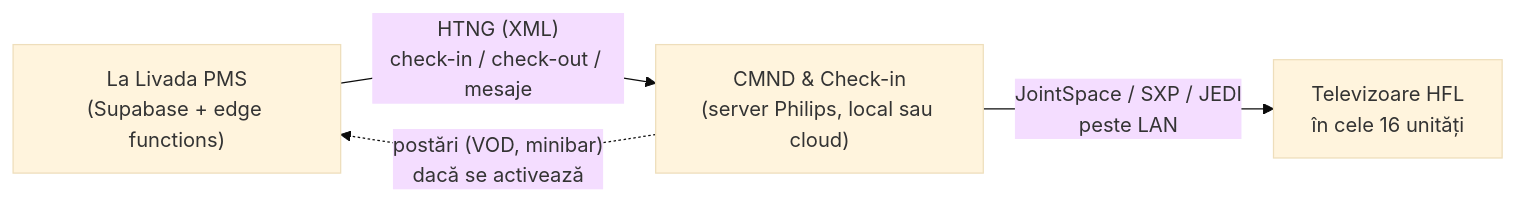
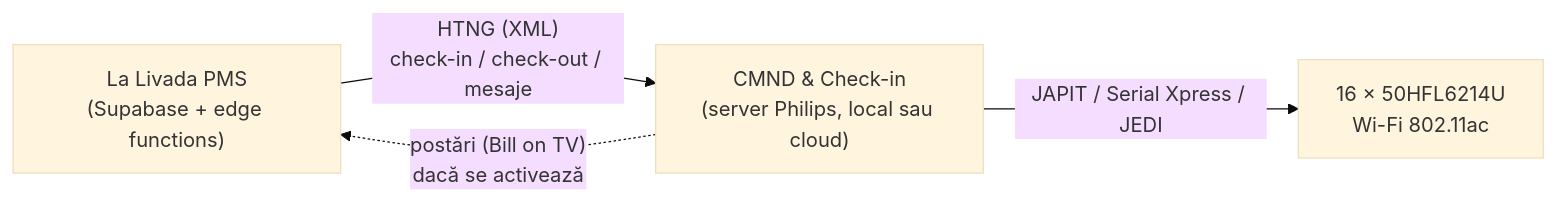
One commit to LaLivada/la-livada-pms changed the first of 2 diagrams in docs/philips-htng-plan.md. Above: the diagram before and after it, drawn with Mermaid (base theme). The commit also changed other lines of this file, not shown here.

First line of the commit message:
Planul Philips, pe modelul real: 50HFL6214U/12

````diff
--- a/docs/philips-htng-plan.md
+++ b/docs/philips-htng-plan.md
@@ -41,10 +76,10 @@
 ```mermaid
 flowchart LR
   PMS["La Livada PMS<br/>(Supabase + edge functions)"]
   CMND["CMND & Check-in<br/>(server Philips, local sau cloud)"]
-  TV["Televizoare HFL<br/>în cele 16 unități"]
+  TV["16 × 50HFL6214U<br/>Wi-Fi 802.11ac"]
 
   PMS -->|"HTNG (XML)<br/>check-in / check-out / mesaje"| CMND
-  CMND -->|"JointSpace / SXP / JEDI<br/>peste LAN"| TV
-  CMND -.->|"postări (VOD, minibar)<br/>dacă se activează"| PMS
+  CMND -->|"JAPIT / Serial Xpress / JEDI"| TV
+  CMND -.->|"postări (Bill on TV)<br/>dacă se activează"| PMS
 ```
````
